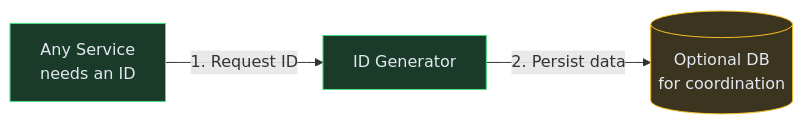
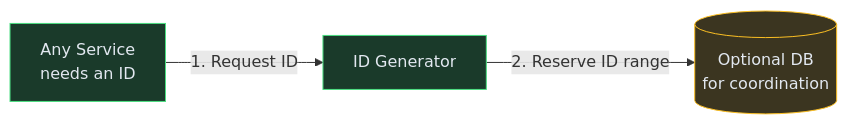
One commit to iluzn/HLD-Designs changed the first of 7 diagrams in content/hld/UniqueIDGenerator.md. Above: the diagram before and after it, drawn with Mermaid. The commit also changed other lines of this file and 27 other files, not shown here.

````diff
--- a/content/hld/UniqueIDGenerator.md
+++ b/content/hld/UniqueIDGenerator.md
@@ -20,12 +20,12 @@
 ```mermaid
 flowchart LR
     SVC["Any Service<br/>needs an ID"]:::service
     IDG["ID Generator"]:::service
     DB[("Optional DB<br/>for coordination")]:::data
 
     SVC -->|"1. Request ID"| IDG
-    IDG -->|"2. Persist data"| DB
+    IDG -->|"2. Reserve ID range"| DB
 
     classDef service fill:#1a3a2a,stroke:#4ade80,color:#e2e8f0
     classDef data fill:#3b3520,stroke:#fbbf24,color:#e2e8f0
 ```
````
